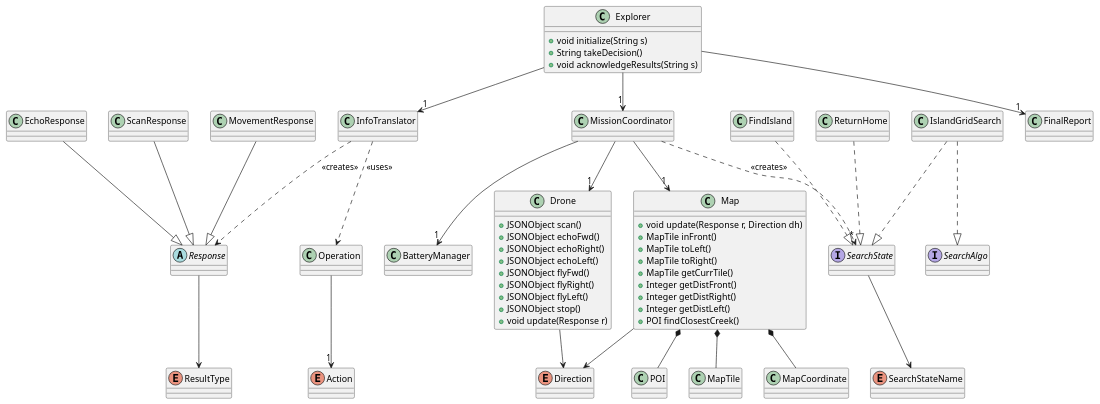
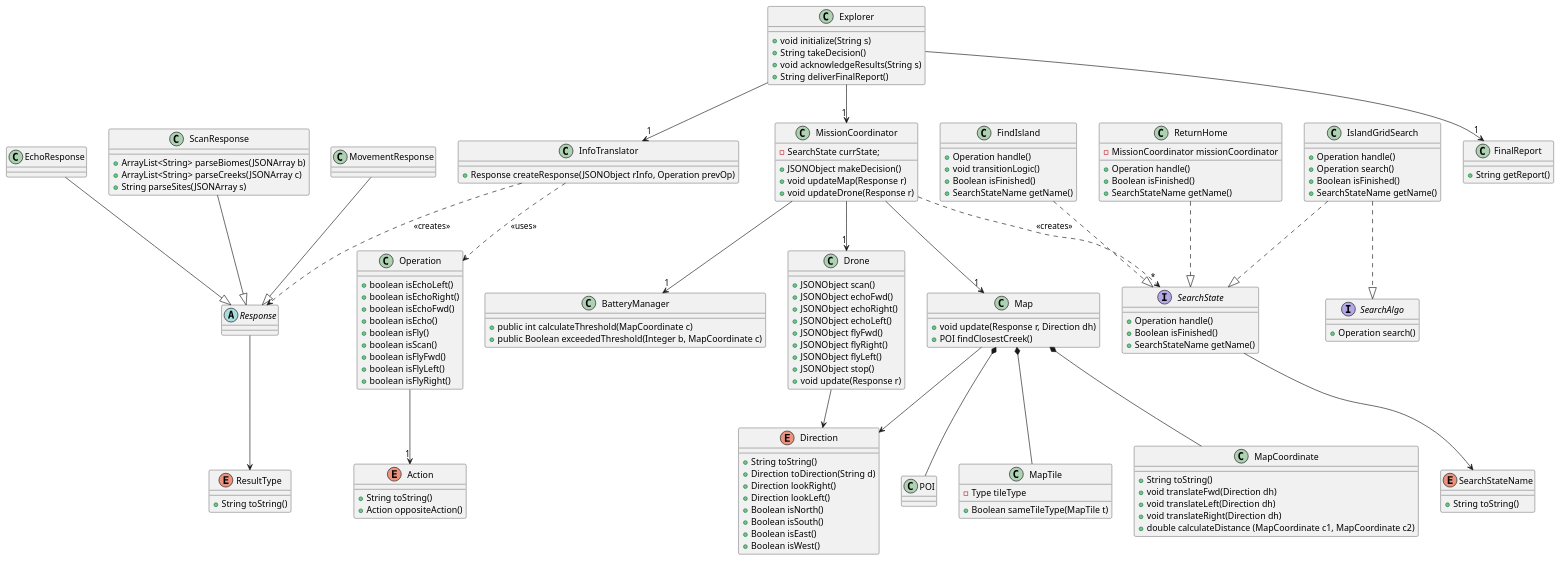
The diagram in src/umlDiagram.puml (mhuzaifah/Drone-Rescue-Mission), drawn with PlantUML before and after one commit. The commit also changed 4 other files, not shown here.

Commit message:
finished UML

```diff
--- a/src/umlDiagram.puml
+++ b/src/umlDiagram.puml
@@ -1,107 +1,173 @@
 @startuml
 
 class Explorer {
     +void initialize(String s)
     +String takeDecision()
     +void acknowledgeResults(String s)
+    +String deliverFinalReport()
 }
 
 class Drone{
     +JSONObject scan()
     +JSONObject echoFwd()
     +JSONObject echoRight()
     +JSONObject echoLeft()
     +JSONObject flyFwd()
     +JSONObject flyRight()
     +JSONObject flyLeft()
     +JSONObject stop()
     +void update(Response r)
 }
 
 class Map{
     +void update(Response r, Direction dh)
-    +MapTile inFront()
-    +MapTile toLeft()
-    +MapTile toRight()
-    +MapTile getCurrTile()
-    +Integer getDistFront()
-    +Integer getDistRight()
-    +Integer getDistLeft()
     +POI findClosestCreek()
-}   
+}
 
-class MapTile{}
+class MapTile{
+    -Type tileType
+    +Boolean sameTileType(MapTile t)
+}
 
-class MapCoordinate{}
+class MapCoordinate{
+    +String toString()
+    +void translateFwd(Direction dh)
+    +void translateLeft(Direction dh)
+    +void translateRight(Direction dh)
+    +double calculateDistance (MapCoordinate c1, MapCoordinate c2)
+}
 
 class POI{}
 
-enum Direction{}
+enum Direction{
+    +String toString()
+    +Direction toDirection(String d)
+    +Direction lookRight()
+    +Direction lookLeft()
+    +Boolean isNorth()
+    +Boolean isSouth()
+    +Boolean isEast()
+    +Boolean isWest()
+}
 
-class InfoTranslator{}
+class InfoTranslator{
+    +Response createResponse(JSONObject rInfo, Operation prevOp)
+}
 
-class MissionCoordinator{}
+class MissionCoordinator{
+    -SearchState currState;
+    +JSONObject makeDecision()
+    +void updateMap(Response r)
+    +void updateDrone(Response r)
+}
 
 abstract class Response{}
 
 class EchoResponse{}
 
-class ScanResponse{}
+class ScanResponse{
+    +ArrayList<String> parseBiomes(JSONArray b)
+    +ArrayList<String> parseCreeks(JSONArray c)
+    +String parseSites(JSONArray s)
+}
 
 class MovementResponse{}
 
-enum ResultType{}
+enum ResultType{
+    +String toString()
+}
 
-Interface SearchState{}
+Interface SearchState{
+    +Operation handle()
+    +Boolean isFinished()
+    +SearchStateName getName()
+}
 
-enum SearchStateName{}
+enum SearchStateName{
+    +String toString()
+}
 
-Interface SearchAlgo{}
+Interface SearchAlgo{
+    +Operation search()
+}
 
-class FindIsland{}
+class FindIsland{
+    +Operation handle()
+    +void transitionLogic()
+    +Boolean isFinished()
+    +SearchStateName getName()
+}
 
-class IslandGridSearch{}
+class IslandGridSearch{
+    +Operation handle()
+    +Operation search()
+    +Boolean isFinished()
+    +SearchStateName getName()
+}
 
-class ReturnHome{}
+class ReturnHome{
+    -MissionCoordinator missionCoordinator
+    +Operation handle()
+    +Boolean isFinished()
+    +SearchStateName getName()
+}
 
-class BatteryManager{}
+class BatteryManager{
+    +public int calculateThreshold(MapCoordinate c)
+    +public Boolean exceededThreshold(Integer b, MapCoordinate c)
+}
 
-class Operation{}
+class Operation{
+    +boolean isEchoLeft()
+    +boolean isEchoRight()
+    +boolean isEchoFwd()
+    +boolean isEcho()
+    +boolean isFly()
+    +boolean isScan()
+    +boolean isFlyFwd()
+    +boolean isFlyLeft()
+    +boolean isFlyRight()
+}
 
-enum Action{}
+enum Action{
+    +String toString()
+    +Action oppositeAction()
+}
 
-class FinalReport{}
+class FinalReport{
+    +String getReport()
+}
 
 Explorer --> "1" InfoTranslator
 Explorer --> "1" MissionCoordinator
 Explorer --> "1" FinalReport
 
 MissionCoordinator --> "1" "Drone"
 MissionCoordinator --> "1" "Map"
 MissionCoordinator ..> "*" SearchState : <<creates>>
 MissionCoordinator --> "1" BatteryManager
 
 FindIsland ..|> SearchState
 IslandGridSearch ..|> SearchState
 IslandGridSearch ..|> SearchAlgo
 ReturnHome ..|> SearchState
 SearchState --> SearchStateName
 
 Map *-- MapTile
 Map *-- MapCoordinate
 Map *-- POI
 Map --> Direction
 
 Drone --> Direction
 
 Operation --> "1" Action
 
 EchoResponse --|> Response
 ScanResponse --|> Response
 MovementResponse --|> Response
 Response --> ResultType
 
 InfoTranslator ..> Operation : <<uses>>
 InfoTranslator ..> Response : <<creates>>
 
 @enduml
```
